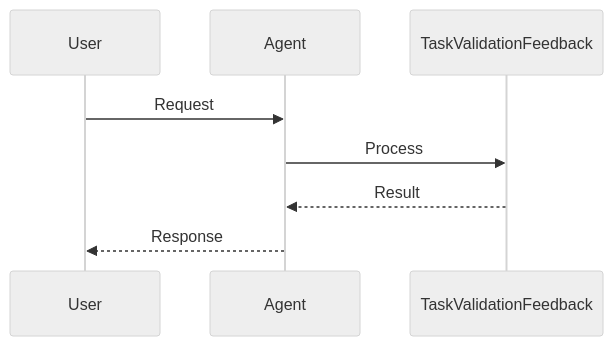
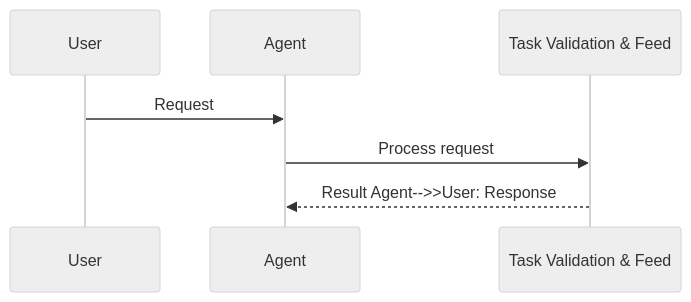
Before and after one commit to MervinPraison/PraisonAIDocs: the second of 2 diagrams in docs/features/task-validation-feedback.mdx, drawn with Mermaid (neutral theme). The commit also changed 204 other files, not shown here.

First line of the commit message:
docs: align feature/tool pages with AGENTS.md hero + sequence + import standards (fixes #1775)

````diff
--- a/docs/features/task-validation-feedback.mdx
+++ b/docs/features/task-validation-feedback.mdx
@@ -61,11 +61,10 @@
 ```mermaid
 sequenceDiagram
     participant User
     participant Agent
-    participant TaskValidationFeedback
+    participant Feature as Task Validation & Feed
 
     User->>Agent: Request
-    Agent->>TaskValidationFeedback: Process
-    TaskValidationFeedback-->>Agent: Result
-    Agent-->>User: Response
+    Agent->>Feature: Process request
+    Feature-->>Agent: Result    Agent-->>User: Response
 ```
````
